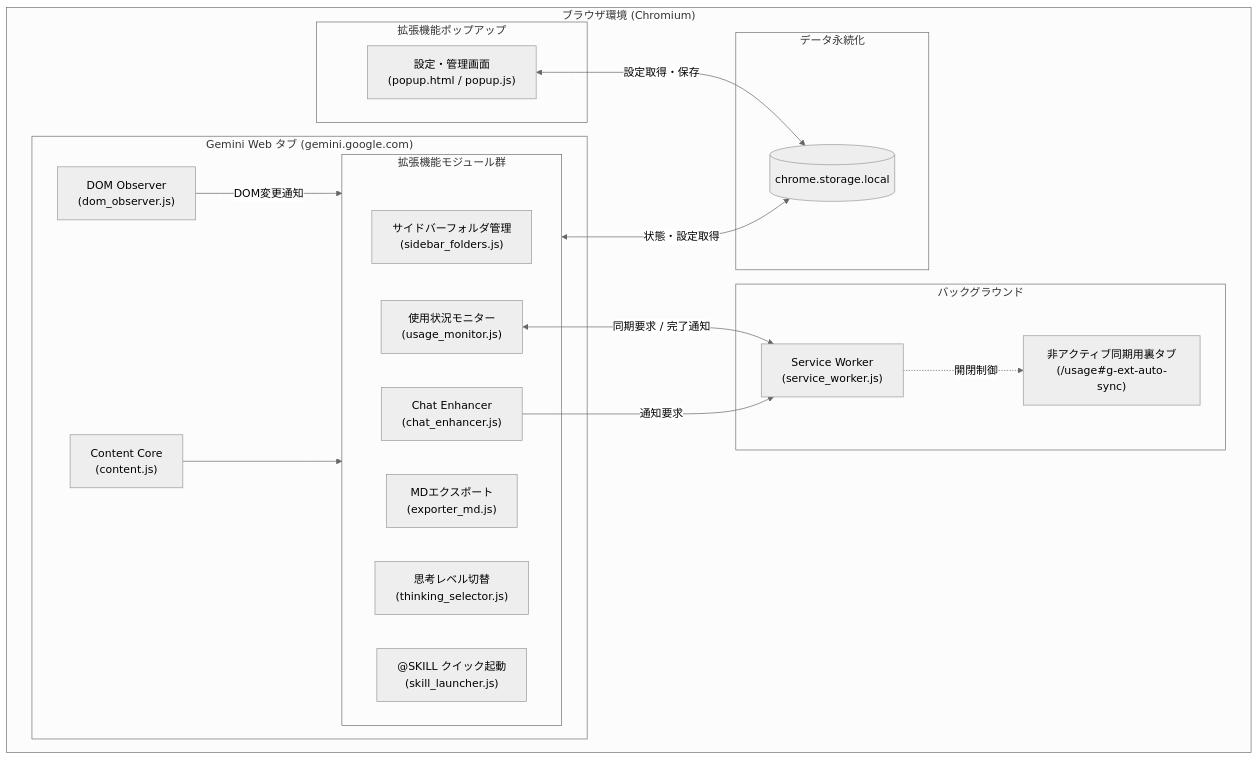
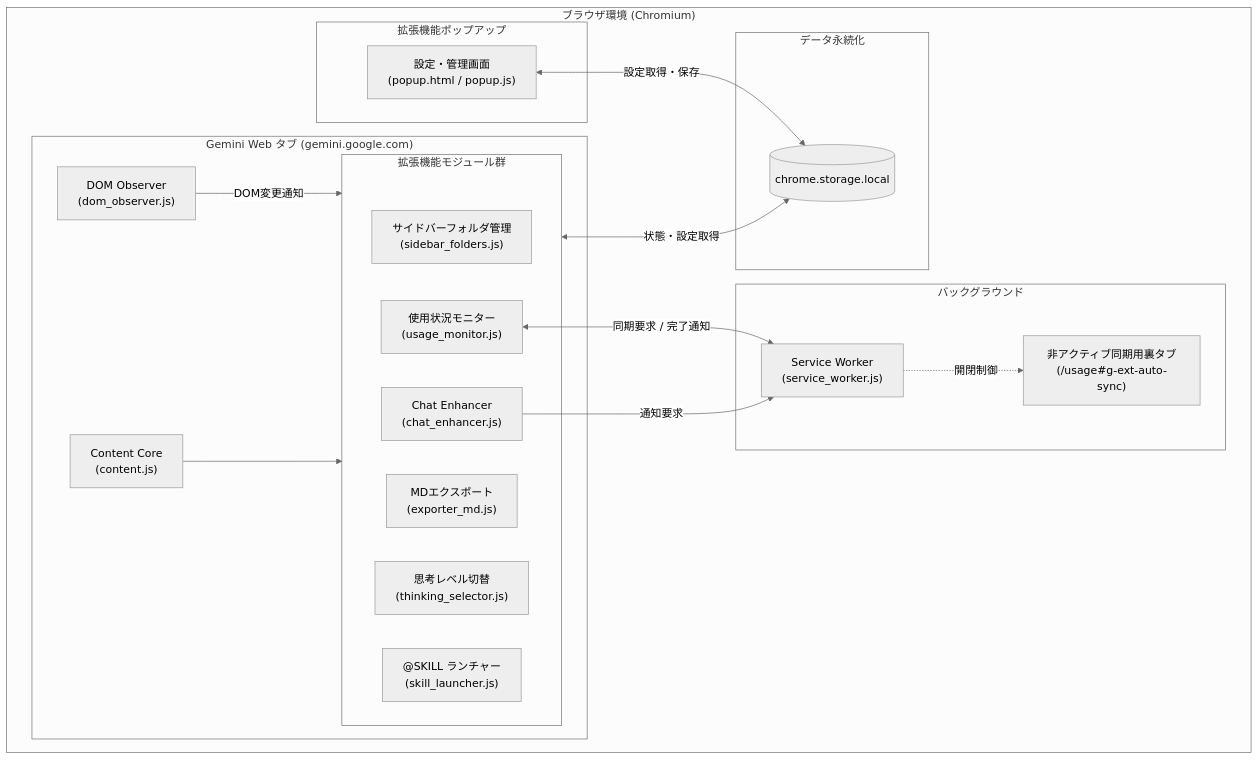
Before and after one commit to KunyScorpion/gemini-extended-suite: the diagram in README.md, drawn with Mermaid (neutral theme). The commit also changed other lines of this file and 12 other files, not shown here.

````diff
--- a/README.md
+++ b/README.md
@@ -47,40 +65,40 @@
 ```mermaid
 flowchart TB
     subgraph Browser ["ブラウザ環境 (Chromium)"]
         subgraph GeminiTab ["Gemini Web タブ (gemini.google.com)"]
             DO["DOM Observer<br/>(dom_observer.js)"]
             CS["Content Core<br/>(content.js)"]
             
             subgraph Modules ["拡張機能モジュール群"]
                 SF["サイドバーフォルダ管理<br/>(sidebar_folders.js)"]
                 EM["MDエクスポート<br/>(exporter_md.js)"]
                 UM["使用状況モニター<br/>(usage_monitor.js)"]
                 CE["Chat Enhancer<br/>(chat_enhancer.js)"]
                 TS["思考レベル切替<br/>(thinking_selector.js)"]
-                SL["@SKILL クイック起動<br/>(skill_launcher.js)"]
+                SL["@SKILL ランチャー<br/>(skill_launcher.js)"]
             end
         end
 
         subgraph Background ["バックグラウンド"]
             SW["Service Worker<br/>(service_worker.js)"]
             ST["非アクティブ同期用裏タブ<br/>(/usage#g-ext-auto-sync)"]
         end
 
         subgraph PopupUI ["拡張機能ポップアップ"]
             PU["設定・管理画面<br/>(popup.html / popup.js)"]
         end
 
         subgraph Storage ["データ永続化"]
             CSL[("chrome.storage.local")]
         end
     end
 
     %% 接続関係
     DO -->|DOM変更通知| Modules
     CS --> Modules
     PU <-->|設定取得・保存| CSL
     Modules <-->|状態・設定取得| CSL
     UM <-->|同期要求 / 完了通知| SW
     SW -.->|開閉制御| ST
     CE -->|通知要求| SW
 ```
````
